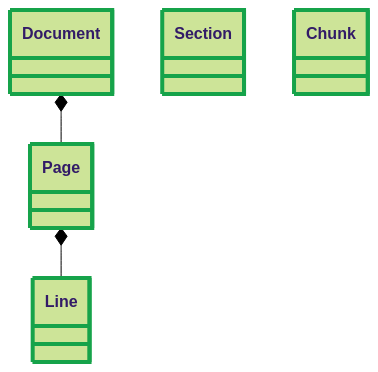
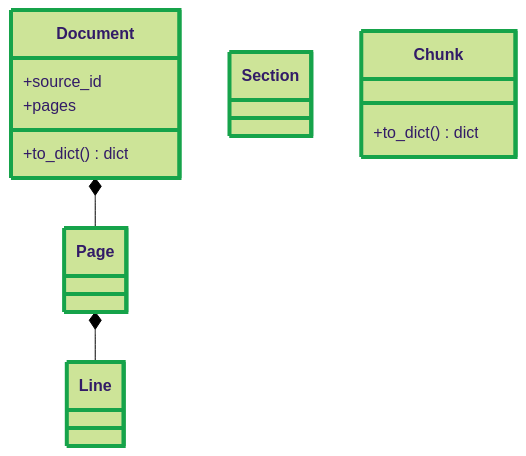
The eighth of 19 diagrams in docs/architecture/system-class-diagram.md (SzatanKluska/MCPSWEBOK), drawn with Mermaid (forest theme) before and after one commit. The commit also changed other lines of this file and 6 other files, not shown here.

````diff
--- a/docs/architecture/system-class-diagram.md
+++ b/docs/architecture/system-class-diagram.md
@@ -347,16 +357,22 @@
 ```mermaid
 classDiagram
-  class Document
+  class Document {
+    +source_id
+    +pages
+    +to_dict() dict
+  }
   class Section
-  class Chunk
+  class Chunk {
+    +to_dict() dict
+  }
   class Page
   class Line
 
   Document *-- Page
   Page *-- Line
   style Document stroke:#16A34A,stroke-width:4px
   style Section stroke:#16A34A,stroke-width:4px
   style Chunk stroke:#16A34A,stroke-width:4px
   style Page stroke:#16A34A,stroke-width:4px
   style Line stroke:#16A34A,stroke-width:4px
 ```
````
